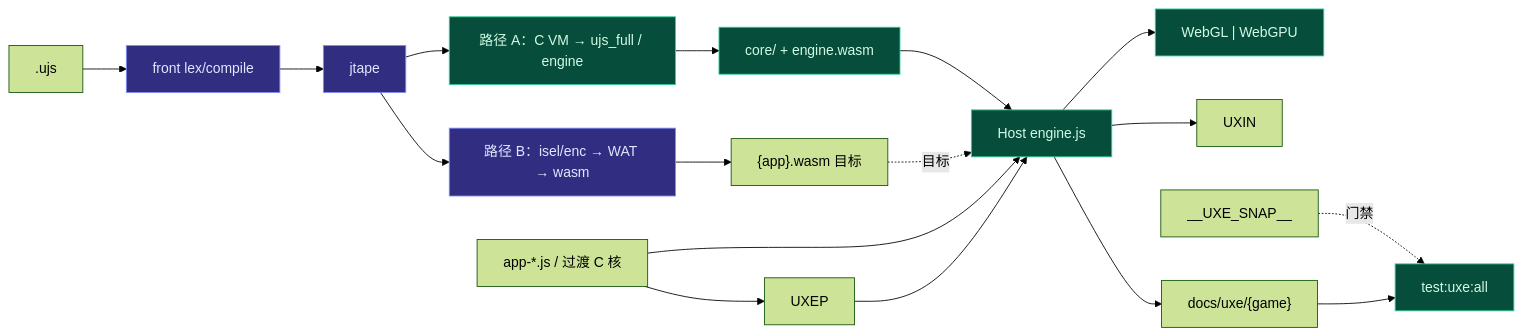
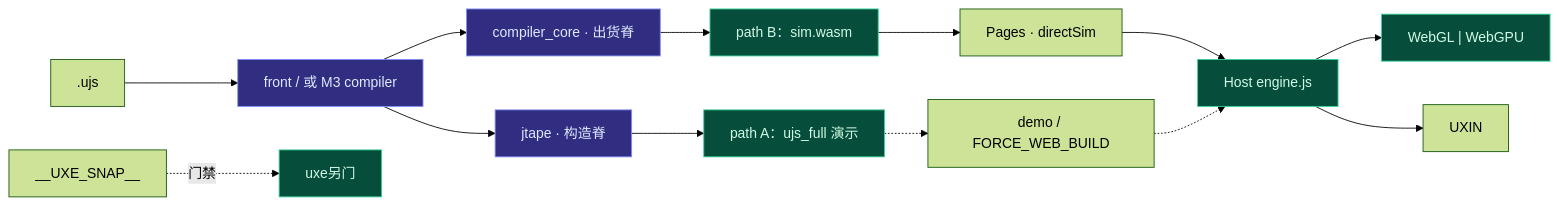
Before and after one commit to partnernetsoftware/unisacc: the third of 6 diagrams in ujs/prd.md, drawn with Mermaid (forest theme). The commit also changed other lines of this file and 20 other files, not shown here.

````diff
--- a/ujs/prd.md
+++ b/ujs/prd.md
@@ -456,27 +469,21 @@
 ```mermaid
 flowchart LR
-    SRC[".ujs"] --> FRONT["front lex/compile"]
-    FRONT --> JT["jtape"]
-    JT --> VM["路径 A：C VM → ujs_full / engine"]
-    JT --> DIR["路径 B：isel/enc → WAT → wasm"]
+    SRC[".ujs"] --> FRONT["front / 或 M3 compiler"]
+    FRONT --> JT["jtape · 构造脊"]
+    FRONT --> M3["compiler_core · 出货脊"]
+    JT --> VM["path A：ujs_full 演示"]
+    M3 --> SIM["path B：sim.wasm"]
 
-    VM --> CORE["core/ + engine.wasm"]
-    DIR --> APP["{app}.wasm 目标"]
-
-    CORE --> HOST["Host engine.js"]
-    APP -.目标.-> HOST
-    GAME["app-*.js / 过渡 C 核"] --> HOST
+    VM -.-> DEMO["demo / FORCE_WEB_BUILD"]
+    SIM --> PAGES["Pages · directSim"]
+    PAGES --> HOST["Host engine.js"]
+    DEMO -.-> HOST
     HOST --> GPU["WebGL | WebGPU"]
     HOST --> IN["UXIN"]
-    GAME --> PK["UXEP"]
-    PK --> HOST
-
-    HOST --> PAGES["docs/uxe/{game}"]
-    SNAP["__UXE_SNAP__"] -.门禁.-> GATE["test:uxe:all"]
-    PAGES --> GATE
+    SNAP["__UXE_SNAP__"] -.门禁.-> GATE["uxe另门"]
 
     classDef net fill:#312e81,stroke:#818cf8,color:#e0e7ff
     classDef cls fill:#064e3b,stroke:#34d399,color:#d1fae5
-    class FRONT,JT,DIR net
-    class VM,CORE,HOST,GPU,GATE cls
+    class FRONT,JT,M3 net
+    class VM,SIM,HOST,GPU,GATE cls
 ```
````
